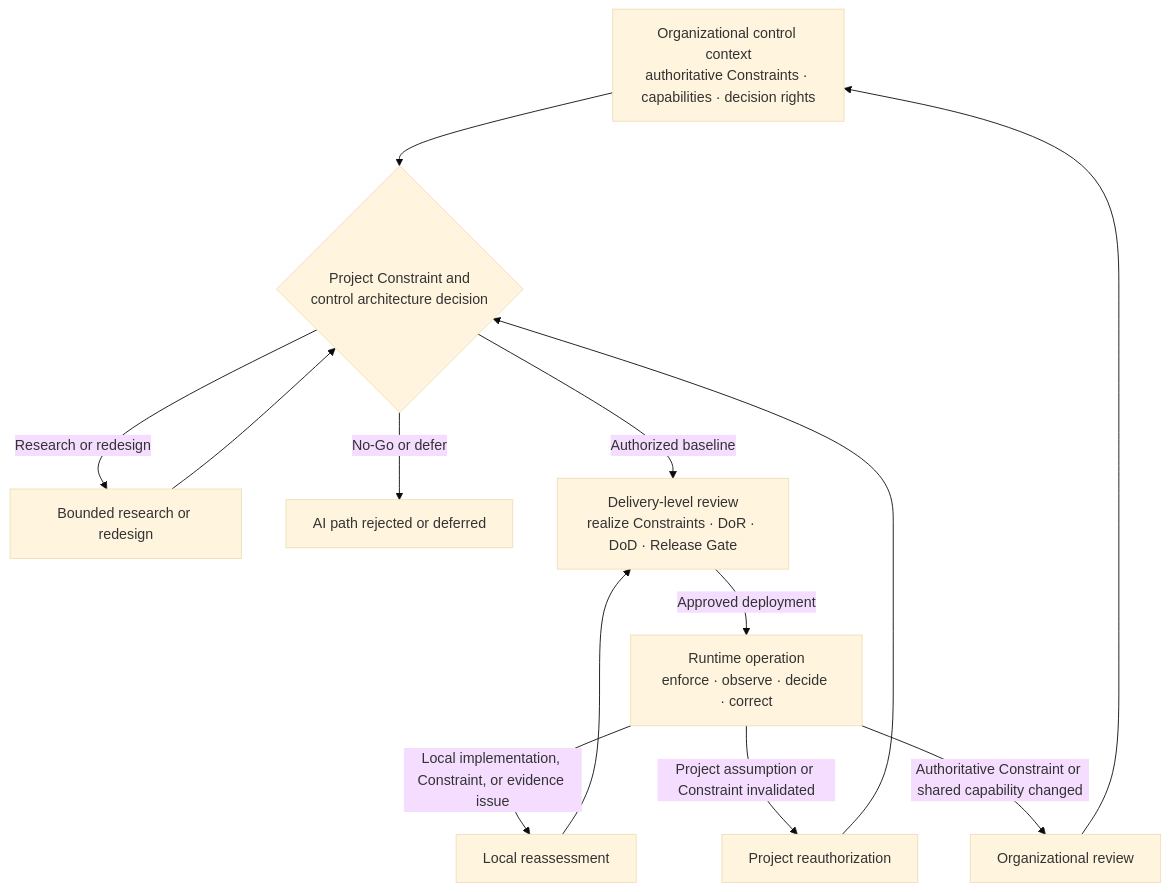
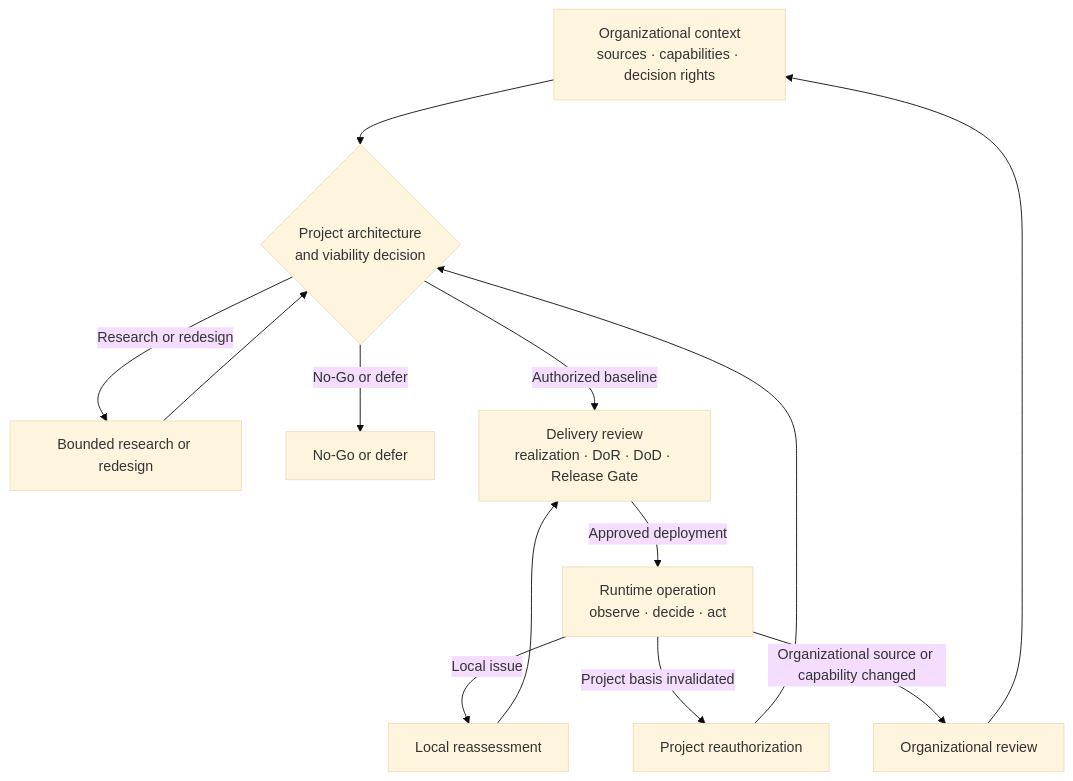
The fourth of 4 diagrams in 00-doctrine/uncertainty-in-the-controlled-object.md (UncertaintyArchitectureGroup/uncertainty-architecture), drawn with Mermaid (base theme) before and after one commit. The commit also changed other lines of this file, not shown here.

Commit message:
docs: align controlled-object doctrine with corrected capability model

````diff
--- a/00-doctrine/uncertainty-in-the-controlled-object.md
+++ b/00-doctrine/uncertainty-in-the-controlled-object.md
@@ -283,21 +313,21 @@
 ```mermaid
 flowchart TB
-    ORG[Organizational control context<br/>authoritative Constraints · capabilities · decision rights]
-    PROJ{Project Constraint and<br/>control architecture decision}
-    RESEARCH[Bounded research or redesign]
-    STOP[AI path rejected or deferred]
-    DELIV[Delivery-level review<br/>realize Constraints · DoR · DoD · Release Gate]
-    RUN[Runtime operation<br/>enforce · observe · decide · correct]
-    LOCAL[Local reassessment]
-    REAUTH[Project reauthorization]
-    ORGREVIEW[Organizational review]
+    O[Organizational context<br/>sources · capabilities · decision rights]
+    P{Project architecture<br/>and viability decision}
+    X[Bounded research or redesign]
+    N[No-Go or defer]
+    D[Delivery review<br/>realization · DoR · DoD · Release Gate]
+    R[Runtime operation<br/>observe · decide · act]
+    L[Local reassessment]
+    PR[Project reauthorization]
+    OR[Organizational review]
 
-    ORG --> PROJ
-    PROJ -->|Authorized baseline| DELIV
-    PROJ -->|Research or redesign| RESEARCH --> PROJ
-    PROJ -->|No-Go or defer| STOP
-    DELIV -->|Approved deployment| RUN
-    RUN -->|Local implementation, Constraint, or evidence issue| LOCAL --> DELIV
-    RUN -->|Project assumption or Constraint invalidated| REAUTH --> PROJ
-    RUN -->|Authoritative Constraint or shared capability changed| ORGREVIEW --> ORG
+    O --> P
+    P -->|Authorized baseline| D
+    P -->|Research or redesign| X --> P
+    P -->|No-Go or defer| N
+    D -->|Approved deployment| R
+    R -->|Local issue| L --> D
+    R -->|Project basis invalidated| PR --> P
+    R -->|Organizational source or capability changed| OR --> O
 ```
````
